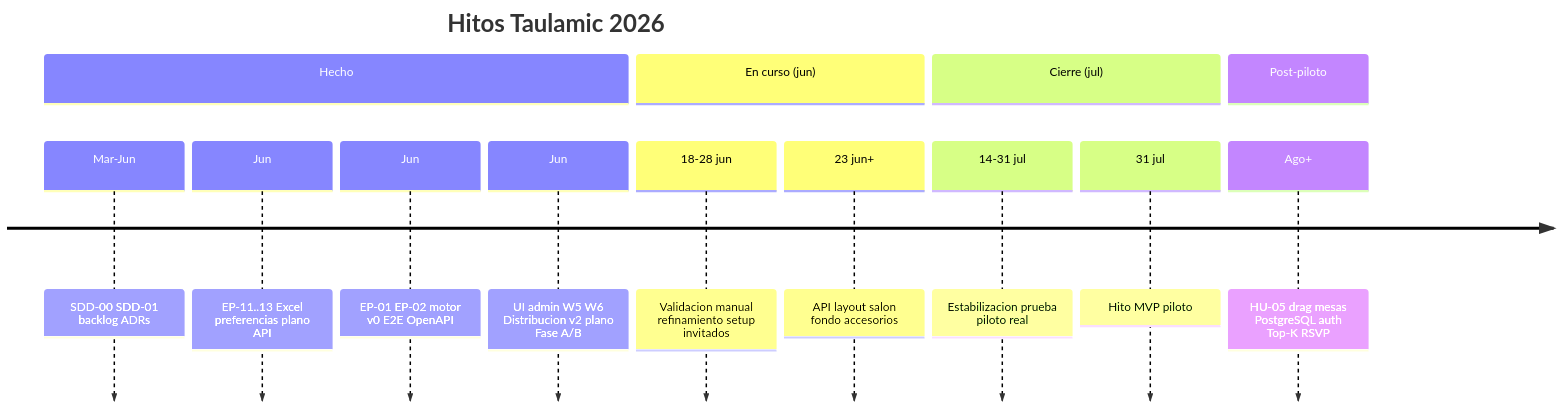
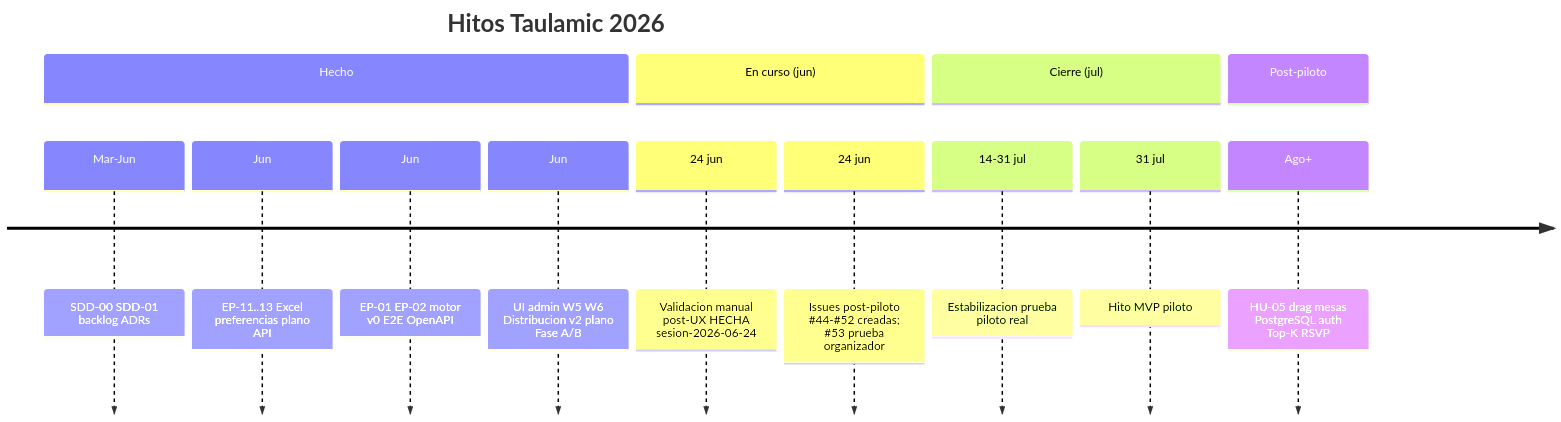
Before and after one commit to quintasc/taulamic: the second of 3 diagrams in docs/agile/roadmap-mvp-julio.md, drawn with Mermaid. The commit also changed other lines of this file and 3 other files, not shown here.

First line of the commit message:
docs(agile): actualizar planificacion post-validacion piloto 2026-06-24

````diff
--- a/docs/agile/roadmap-mvp-julio.md
+++ b/docs/agile/roadmap-mvp-julio.md
@@ -85,17 +87,17 @@
 ```mermaid
 timeline
     title Hitos Taulamic 2026
     section Hecho
         Mar-Jun : SDD-00 SDD-01 backlog ADRs
         Jun : EP-11..13 Excel preferencias plano API
         Jun : EP-01 EP-02 motor v0 E2E OpenAPI
         Jun : UI admin W5 W6 Distribucion v2 plano Fase A/B
     section En curso (jun)
-        18-28 jun : Validacion manual refinamiento setup invitados
-        23 jun+ : API layout salon fondo accesorios
+        24 jun : Validacion manual post-UX HECHA sesion-2026-06-24
+        24 jun : Issues post-piloto #44-#52 creadas; #53 prueba organizador
     section Cierre (jul)
         14-31 jul : Estabilizacion prueba piloto real
         31 jul : Hito MVP piloto
     section Post-piloto
         Ago+ : HU-05 drag mesas PostgreSQL auth Top-K RSVP
 ```
````
